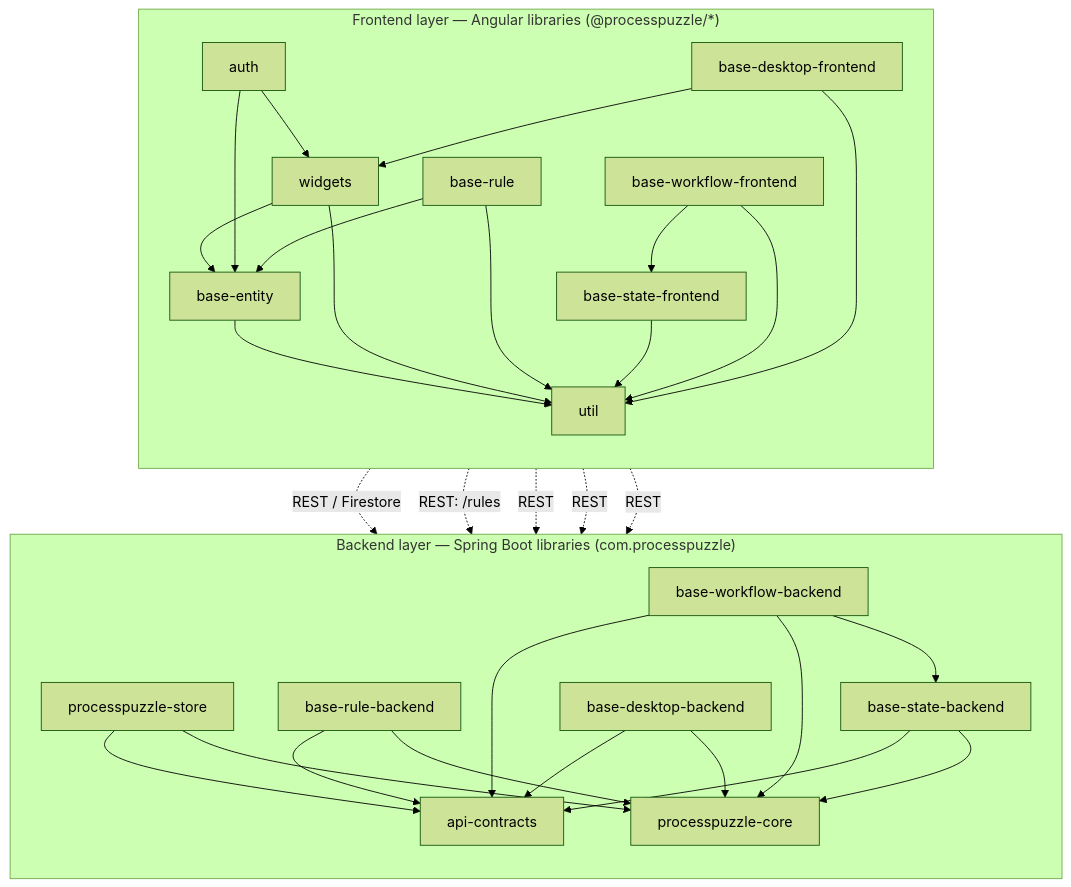
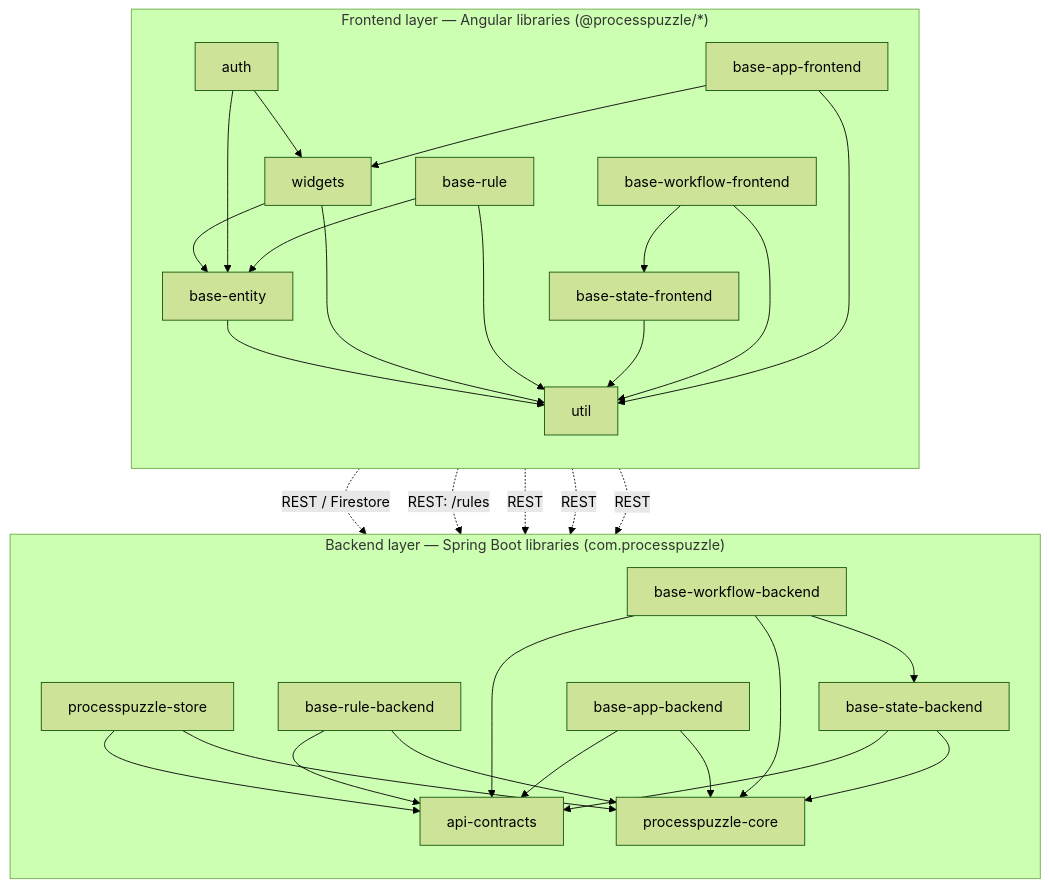
The first of 3 diagrams in README.md (ZsZs/processpuzzle), drawn with Mermaid (forest theme) before and after one commit. The commit also changed other lines of this file and 55 other files, not shown here.

Commit message:
fix(base-app): Rename base-desktop to base-app.

````diff
--- a/README.md
+++ b/README.md
@@ -45,56 +45,56 @@
 ```mermaid
 graph TD
   subgraph FE["Frontend layer — Angular libraries (@processpuzzle/*)"]
     direction TB
     util[util]
     widgets[widgets]
     auth[auth]
     entityFE[base-entity]
     ruleFE[base-rule]
     stateFE[base-state-frontend]
     workflowFE[base-workflow-frontend]
-    desktopFE[base-desktop-frontend]
+    appFE[base-app-frontend]
 
     entityFE --> util
     widgets --> entityFE
     widgets --> util
     auth --> entityFE
     auth --> widgets
     ruleFE --> entityFE
     ruleFE --> util
     stateFE --> util
     workflowFE --> stateFE
     workflowFE --> util
-    desktopFE --> widgets
-    desktopFE --> util
+    appFE --> widgets
+    appFE --> util
   end
 
   subgraph BE["Backend layer — Spring Boot libraries (com.processpuzzle)"]
     direction TB
     core[processpuzzle-core]
     contracts[api-contracts]
     store[processpuzzle-store]
     ruleBE[base-rule-backend]
     stateBE[base-state-backend]
     workflowBE[base-workflow-backend]
-    desktopBE[base-desktop-backend]
+    appBE[base-app-backend]
 
     store --> core
     store --> contracts
     ruleBE --> core
     ruleBE --> contracts
     stateBE --> core
     stateBE --> contracts
     workflowBE --> stateBE
     workflowBE --> core
     workflowBE --> contracts
-    desktopBE --> core
-    desktopBE --> contracts
+    appBE --> core
+    appBE --> contracts
   end
 
   entityFE -. "REST / Firestore" .-> store
   ruleFE -. "REST: /rules" .-> ruleBE
   stateFE -. REST .-> stateBE
   workflowFE -. REST .-> workflowBE
-  desktopFE -. REST .-> desktopBE
+  appFE -. REST .-> appBE
 ```
````
